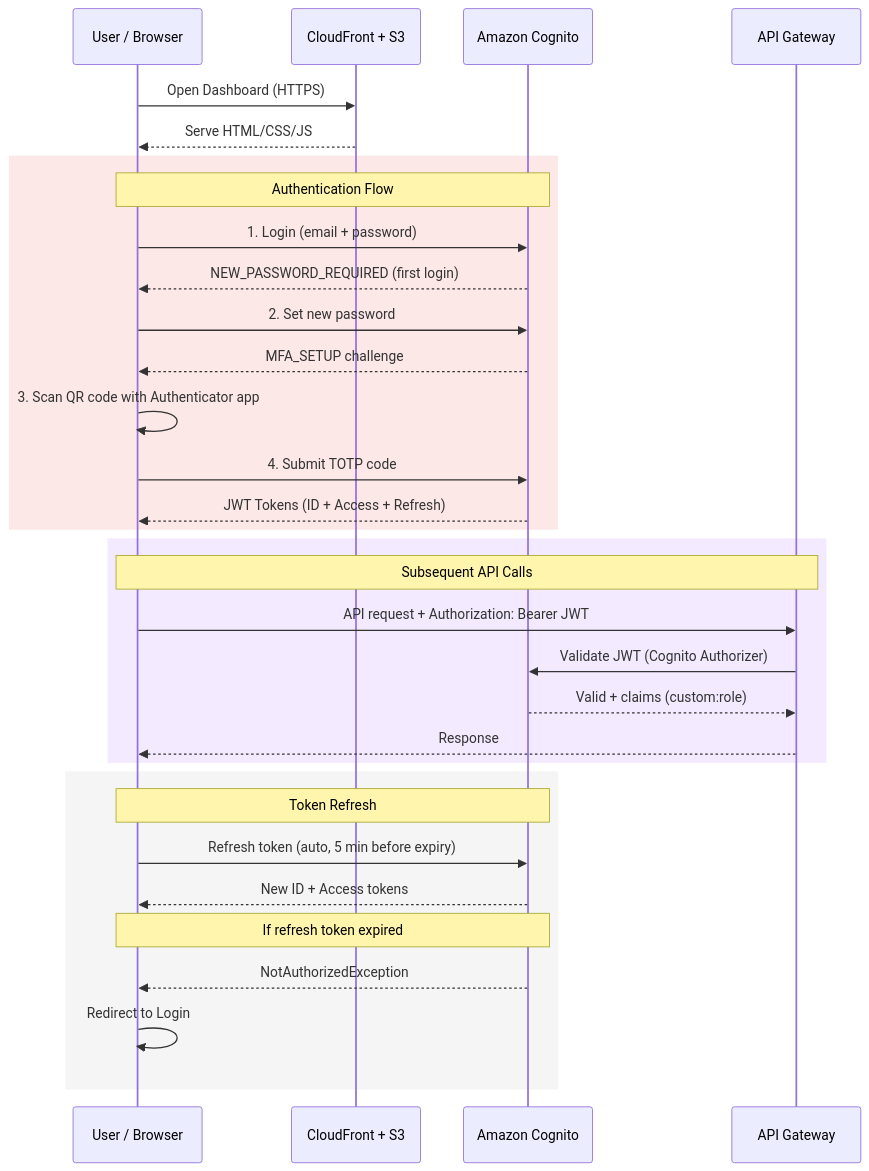
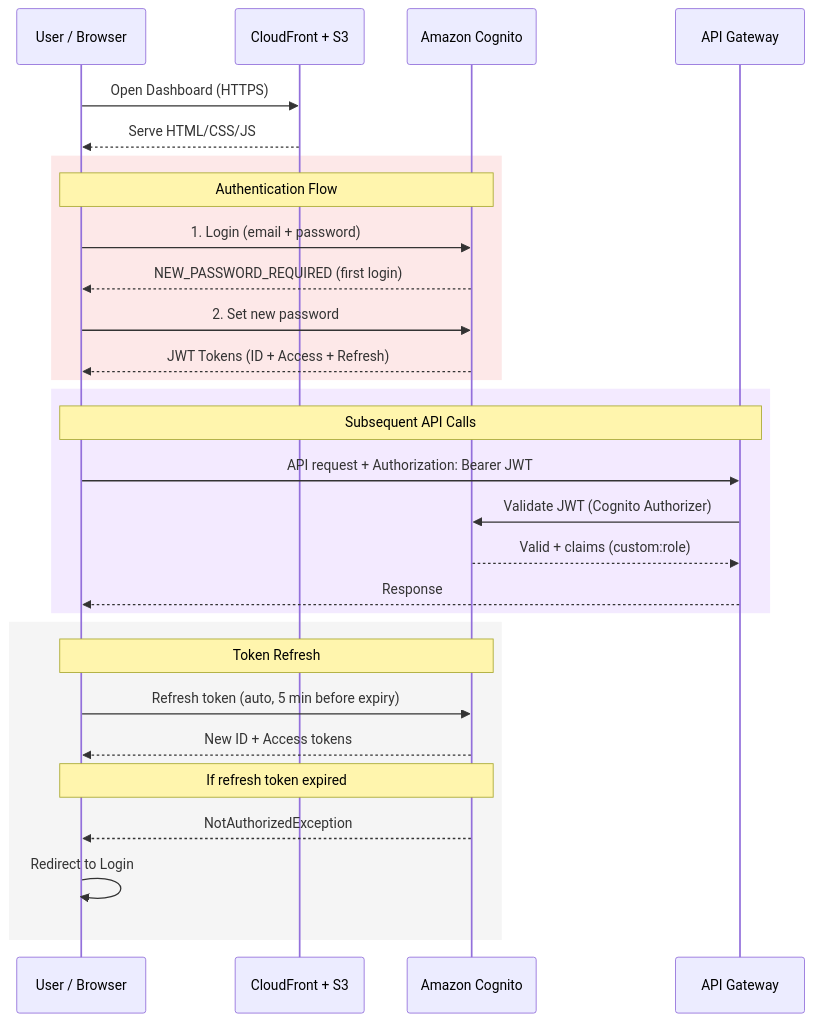
Before and after one commit to konsudtai/com7wafr: the fourth of 7 diagrams in README.md, drawn with Mermaid. The commit also changed other lines of this file and 3 other files, not shown here.

First line of the commit message:
feat: remove MFA from login flow, add show/hide password toggle

````diff
--- a/README.md
+++ b/README.md
@@ -241,38 +240,35 @@
 ```mermaid
 sequenceDiagram
     participant U as User / Browser
     participant CF as CloudFront + S3
     participant COG as Amazon Cognito
     participant APIGW as API Gateway
 
     U->>CF: Open Dashboard (HTTPS)
     CF-->>U: Serve HTML/CSS/JS
 
     rect rgb(253, 232, 232)
     Note over U,COG: Authentication Flow
     U->>COG: 1. Login (email + password)
     COG-->>U: NEW_PASSWORD_REQUIRED (first login)
     U->>COG: 2. Set new password
-    COG-->>U: MFA_SETUP challenge
-    U->>U: 3. Scan QR code with Authenticator app
-    U->>COG: 4. Submit TOTP code
     COG-->>U: JWT Tokens (ID + Access + Refresh)
     end
 
     rect rgb(243, 234, 255)
     Note over U,APIGW: Subsequent API Calls
     U->>APIGW: API request + Authorization: Bearer JWT
     APIGW->>COG: Validate JWT (Cognito Authorizer)
     COG-->>APIGW: Valid + claims (custom:role)
     APIGW-->>U: Response
     end
 
     rect rgb(245, 245, 245)
     Note over U,COG: Token Refresh
     U->>COG: Refresh token (auto, 5 min before expiry)
     COG-->>U: New ID + Access tokens
     Note over U,COG: If refresh token expired
     COG-->>U: NotAuthorizedException
     U->>U: Redirect to Login
     end
 ```
````
